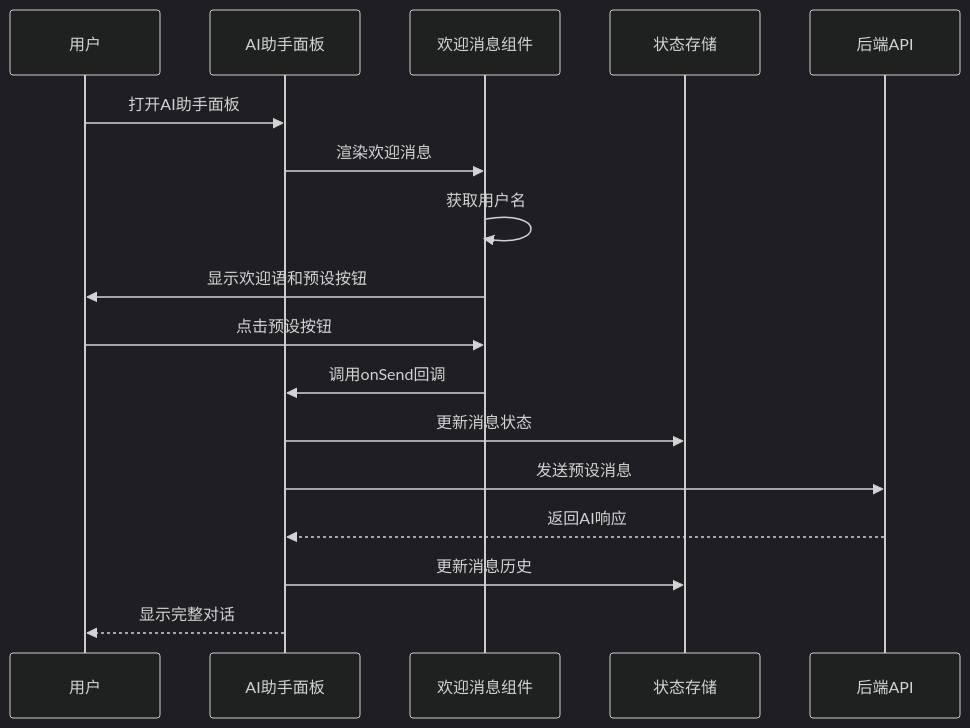
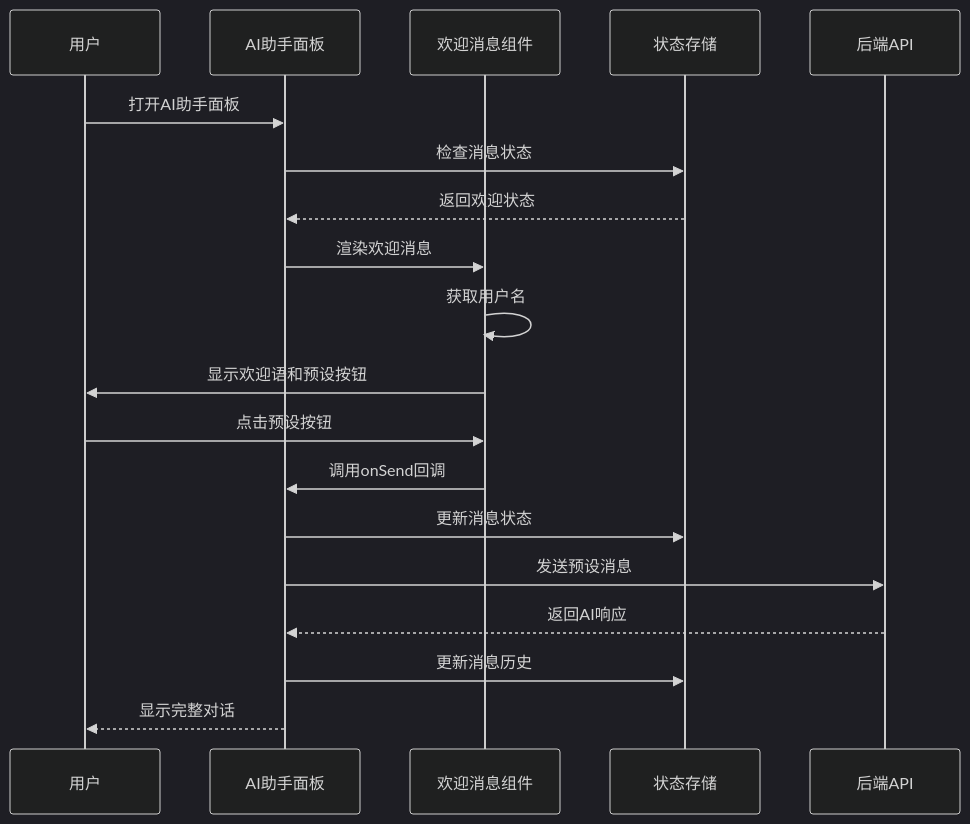
The second of 5 diagrams in .qoder/repowiki/zh/content/前端应用架构/UI组件库/AI助手组件/欢迎消息组件.md (KunLabAI/KunFlix), drawn with Mermaid (dark theme) before and after one commit. The commit also changed other lines of this file and 22 other files, not shown here.

````diff
--- a/.qoder/repowiki/zh/content/前端应用架构/UI组件库/AI助手组件/欢迎消息组件.md
+++ b/.qoder/repowiki/zh/content/前端应用架构/UI组件库/AI助手组件/欢迎消息组件.md
@@ -107,19 +119,21 @@
 ```mermaid
 sequenceDiagram
 participant User as 用户
 participant Panel as AI助手面板
 participant Welcome as 欢迎消息组件
 participant Store as 状态存储
 participant API as 后端API
 User->>Panel : 打开AI助手面板
+Panel->>Store : 检查消息状态
+Store-->>Panel : 返回欢迎状态
 Panel->>Welcome : 渲染欢迎消息
 Welcome->>Welcome : 获取用户名
 Welcome->>User : 显示欢迎语和预设按钮
 User->>Welcome : 点击预设按钮
 Welcome->>Panel : 调用onSend回调
 Panel->>Store : 更新消息状态
 Panel->>API : 发送预设消息
 API-->>Panel : 返回AI响应
 Panel->>Store : 更新消息历史
 Panel-->>User : 显示完整对话
 ```
````
